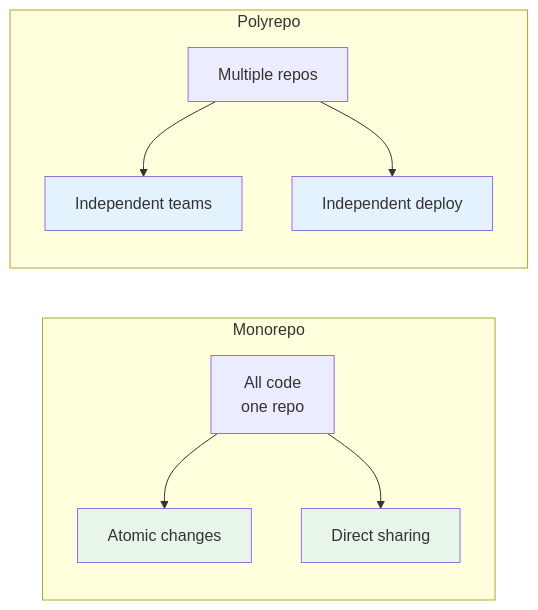
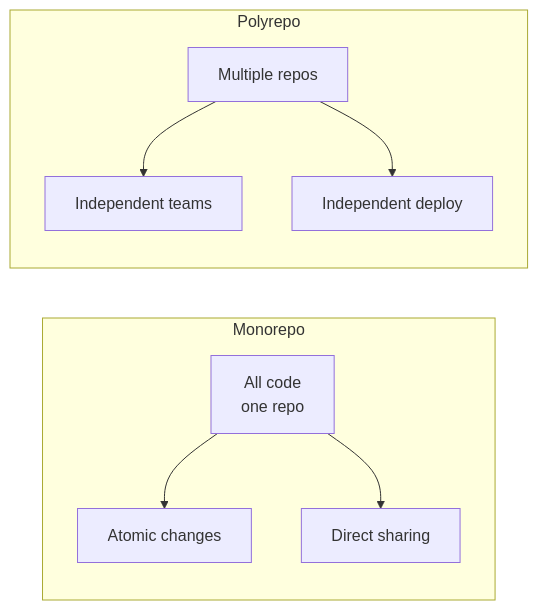
One commit to ready-to-release/eac changed the diagram in docs/explanation/continuous-delivery/architecture/repository-patterns.md. Above: the diagram before and after it, drawn with Mermaid. The commit also changed 28 other files, not shown here.

````diff
--- a/docs/explanation/continuous-delivery/architecture/repository-patterns.md
+++ b/docs/explanation/continuous-delivery/architecture/repository-patterns.md
@@ -331,25 +331,21 @@
 ```mermaid
 flowchart LR
     subgraph Monorepo["Monorepo"]
         MR_All[All code<br/>one repo]
         MR_Atomic[Atomic changes]
         MR_Shared[Direct sharing]
 
         MR_All --> MR_Atomic
         MR_All --> MR_Shared
     end
 
     subgraph Polyrepo["Polyrepo"]
         PR_Many[Multiple repos]
         PR_Indep[Independent teams]
         PR_Deploy[Independent deploy]
 
         PR_Many --> PR_Indep
         PR_Many --> PR_Deploy
     end
 
-    style MR_Atomic fill:#e8f5e9
-    style MR_Shared fill:#e8f5e9
-    style PR_Indep fill:#e3f2fd
-    style PR_Deploy fill:#e3f2fd
 ```
````
